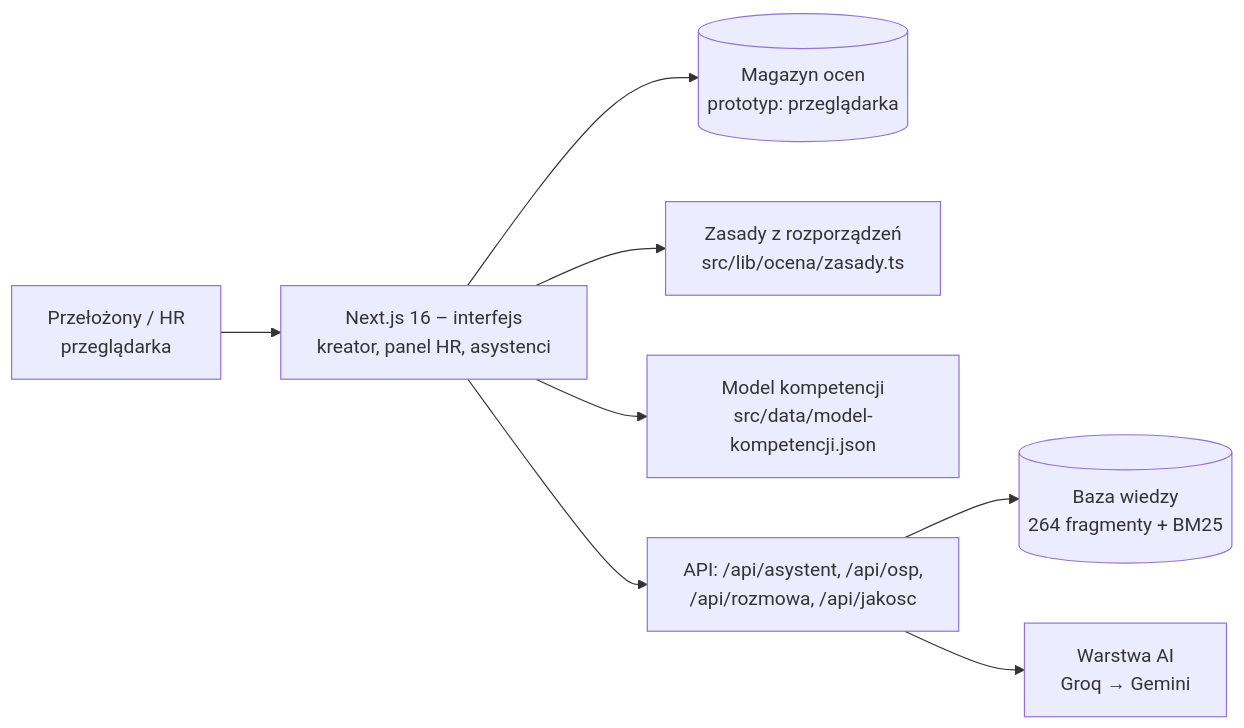
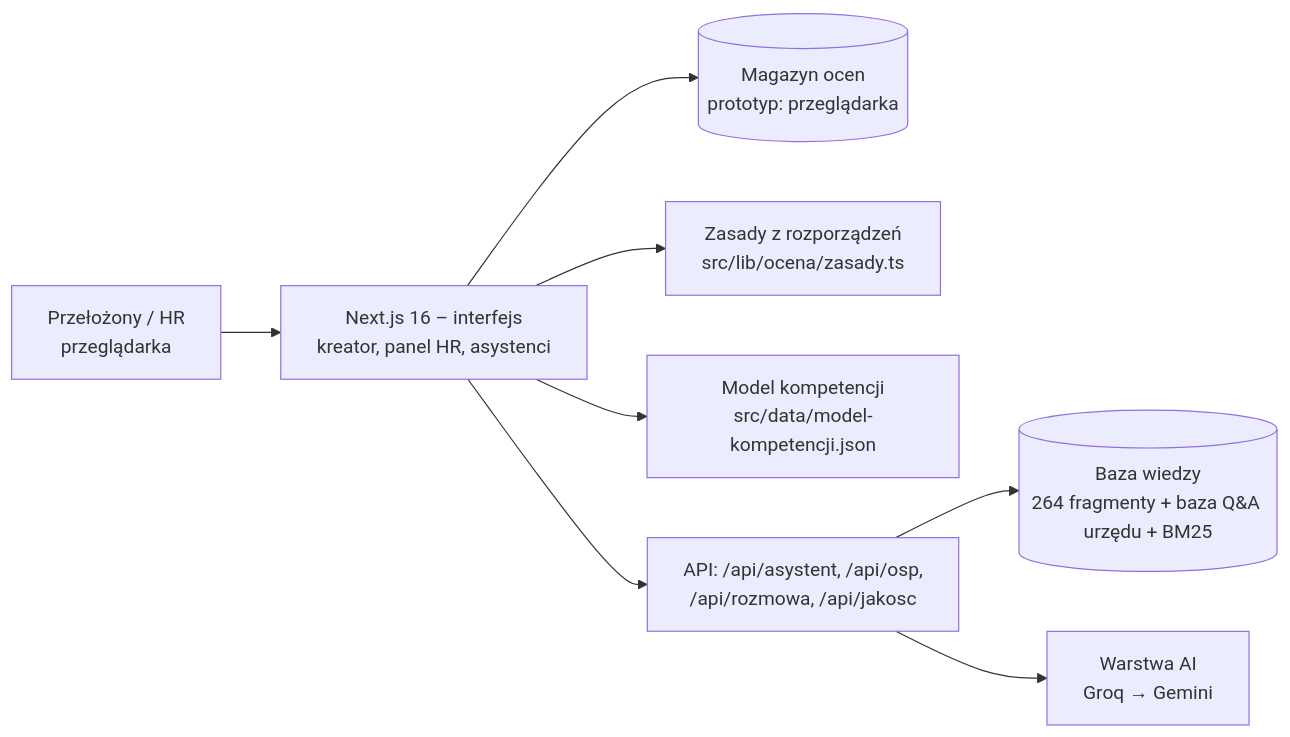
The diagram in README.md (vlad007vak/azymut), drawn with Mermaid before and after one commit. The commit also changed other lines of this file and 2 other files, not shown here.

First line of the commit message:
docs: baza pytań i odpowiedzi urzędu (#40) w README, zgłoszeniu i planie prezentacji (#46)

````diff
--- a/README.md
+++ b/README.md
@@ -86,10 +88,10 @@
 ```mermaid
 flowchart LR
   U[Przełożony / HR<br/>przeglądarka] --> UI[Next.js 16 – interfejs<br/>kreator, panel HR, asystenci]
   UI --> S[(Magazyn ocen<br/>prototyp: przeglądarka)]
   UI --> R[Zasady z rozporządzeń<br/>src/lib/ocena/zasady.ts]
   UI --> M[Model kompetencji<br/>src/data/model-kompetencji.json]
   UI --> API[API: /api/asystent, /api/osp,<br/>/api/rozmowa, /api/jakosc]
-  API --> KB[(Baza wiedzy<br/>264 fragmenty + BM25)]
+  API --> KB[(Baza wiedzy<br/>264 fragmenty + baza Q&A urzędu + BM25)]
   API --> AI[Warstwa AI<br/>Groq → Gemini]
 ```
````
